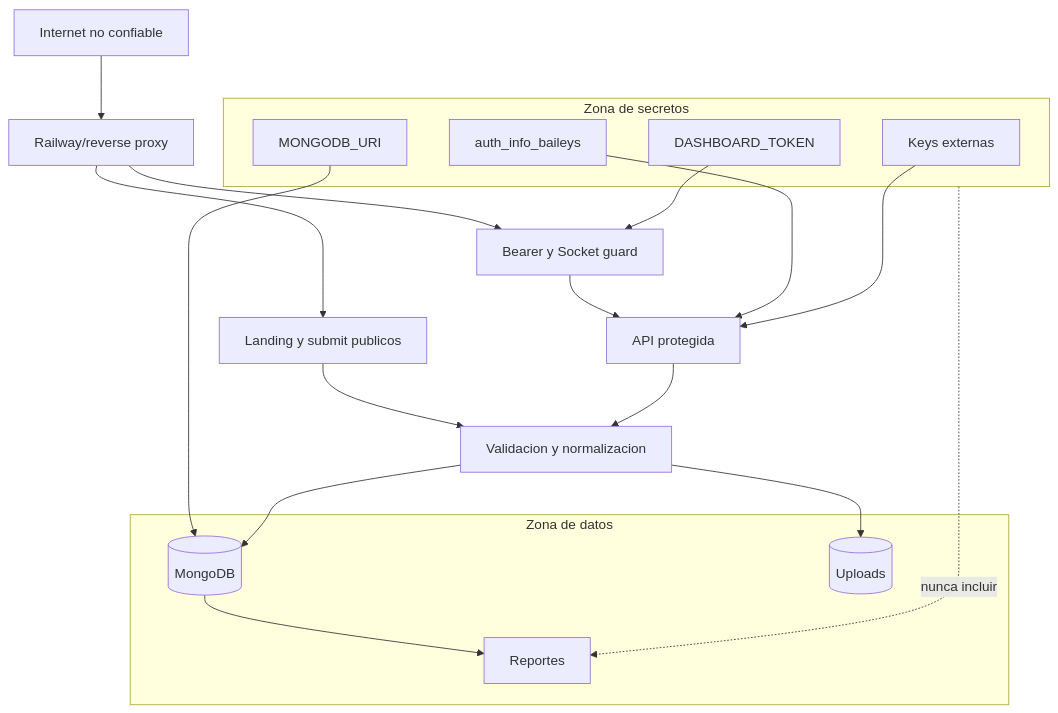
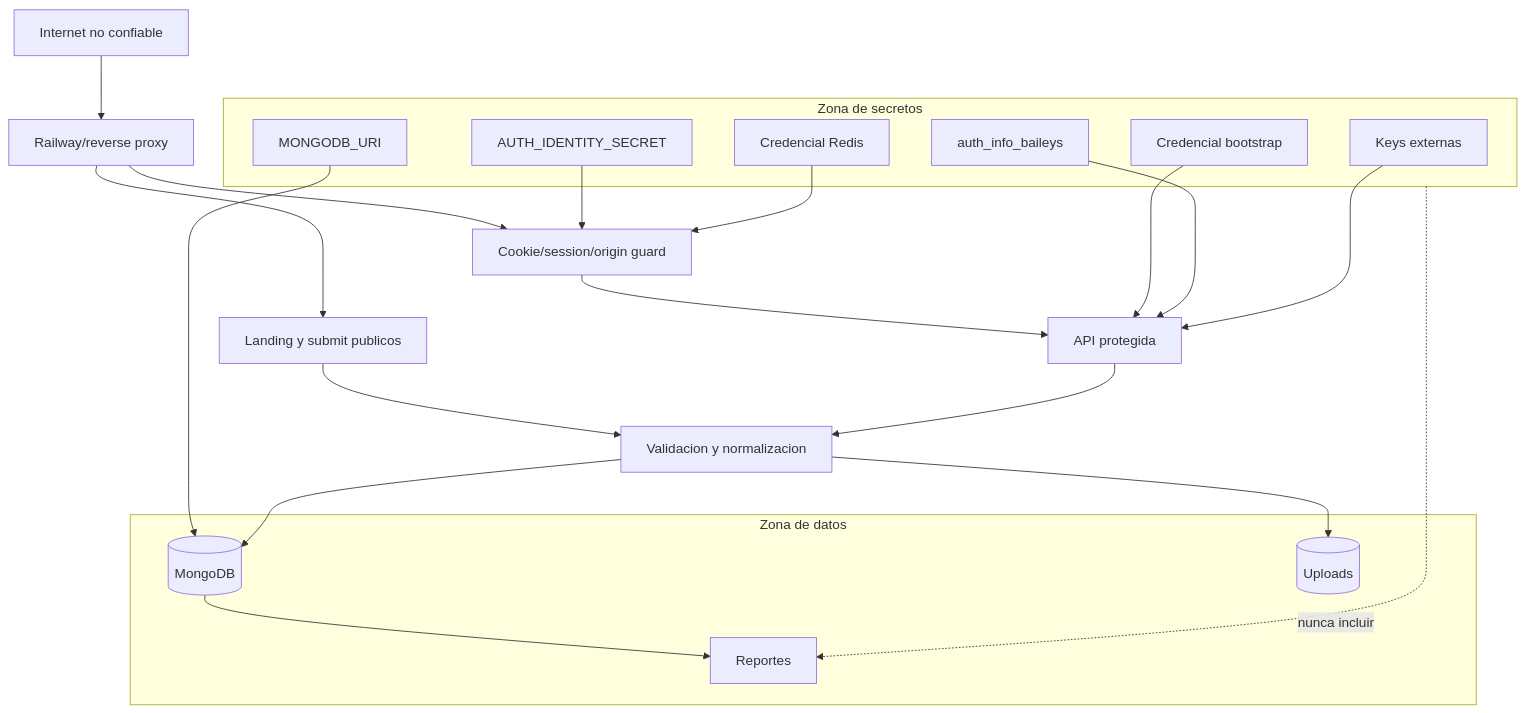
One commit to deco31416/wp-monitor changed the diagram in docs/diagrams/13-trust-boundaries.md. Above: the diagram before and after it, drawn with Mermaid. The commit also changed other lines of this file and 121 other files, not shown here.

````diff
--- a/docs/diagrams/13-trust-boundaries.md
+++ b/docs/diagrams/13-trust-boundaries.md
@@ -7,34 +7,38 @@
 ```mermaid
 flowchart TB
     Internet[Internet no confiable]
     Proxy[Railway/reverse proxy]
     PublicRoute[Landing y submit publicos]
-    Guard[Bearer y Socket guard]
+    Guard[Cookie/session/origin guard]
     Protected[API protegida]
     Validation[Validacion y normalizacion]
 
     subgraph Secrets[Zona de secretos]
-      DashboardToken[DASHBOARD_TOKEN]
+      BootstrapPassword[Credencial bootstrap]
+      IdentitySecret[AUTH_IDENTITY_SECRET]
+      RedisCredentials[Credencial Redis]
       MongoUri[MONGODB_URI]
       BaileysSession[auth_info_baileys]
       ProviderKeys[Keys externas]
     end
 
     subgraph Data[Zona de datos]
       Mongo[(MongoDB)]
       Uploads[(Uploads)]
       Reports[Reportes]
     end
 
     Internet --> Proxy
     Proxy --> PublicRoute --> Validation
     Proxy --> Guard --> Protected --> Validation
-    DashboardToken --> Guard
+    BootstrapPassword --> Protected
+    IdentitySecret --> Guard
+    RedisCredentials --> Guard
     MongoUri --> Mongo
     BaileysSession --> Protected
     ProviderKeys --> Protected
     Validation --> Mongo
     Validation --> Uploads
     Mongo --> Reports
     Secrets -. nunca incluir .-> Reports
 ```
````
